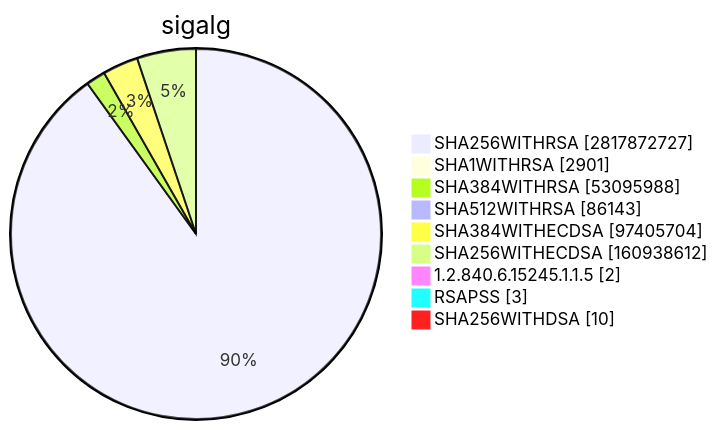
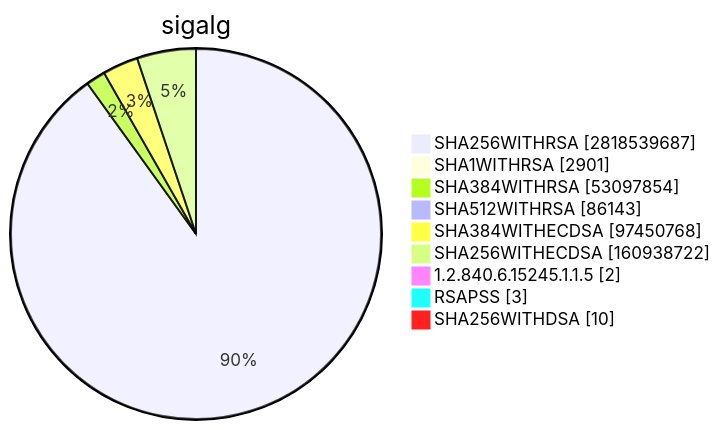
Diagram 15 of 15 in TOTAL/README.md (christiankrug/ctmonitor_visualization), drawn with Mermaid before and after one commit. The commit also changed other lines of this file, not shown here.

````diff
--- a/TOTAL/README.md
+++ b/TOTAL/README.md
@@ -6207,13 +6207,13 @@
 ```mermaid
 pie showData
 title sigalg
-"SHA256WITHRSA" :2817872727
+"SHA256WITHRSA" :2818539687
 "SHA1WITHRSA" :2901
-"SHA384WITHRSA" :53095988
+"SHA384WITHRSA" :53097854
 "SHA512WITHRSA" :86143
-"SHA384WITHECDSA" :97405704
-"SHA256WITHECDSA" :160938612
+"SHA384WITHECDSA" :97450768
+"SHA256WITHECDSA" :160938722
 "1.2.840.6.15245.1.1.5" :2
 "RSAPSS" :3
 "SHA256WITHDSA" :10
 ```
````
